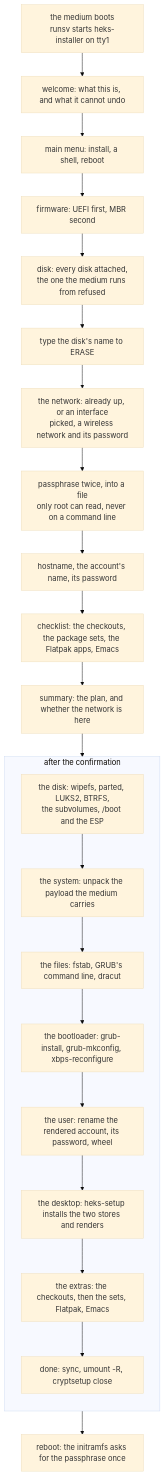
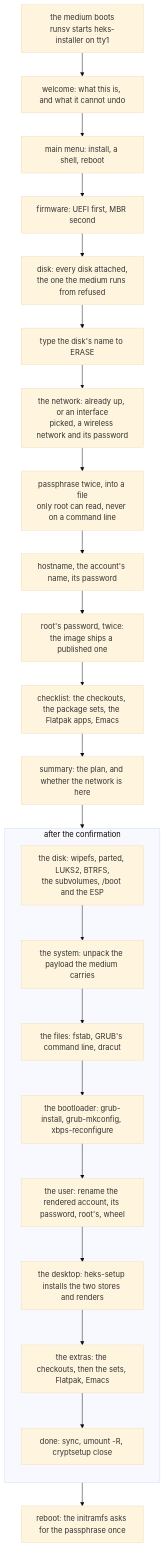
The diagram in resources/diagrams/installer-flow.mmd (jjba23/heks-linux), drawn with Mermaid (base theme) before and after one commit. The commit also changed 8 other files, not shown here.

First line of the commit message:
feat(installer): ask for root's password, and set it

```diff
--- a/resources/diagrams/installer-flow.mmd
+++ b/resources/diagrams/installer-flow.mmd
@@ -1,27 +1,28 @@
 flowchart TD
   boot["the medium boots<br/>runsv starts heks-installer on tty1"] --> welcome
   welcome["welcome: what this is, and what it cannot undo"] --> menu
   menu["main menu: install, a shell, reboot"] --> mode
   mode["firmware: UEFI first, MBR second"] --> disk
   disk["disk: every disk attached,<br/>the one the medium runs from refused"] --> erase
   erase["type the disk's name to ERASE"] --> net
   net["the network: already up, or an interface<br/>picked, a wireless network and its password"] --> pass
   pass["passphrase twice, into a file<br/>only root can read, never on a command line"] --> identity
-  identity["hostname, the account's name, its password"] --> extras
+  identity["hostname, the account's name, its password"] --> rootpass
+  rootpass["root's password, twice:<br/>the image ships a published one"] --> extras
   extras["checklist: the checkouts, the package sets, the Flatpak apps, Emacs"] --> summary
   summary["summary: the plan, and whether the network is here"] --> partition
 
   subgraph work["after the confirmation"]
     direction TB
     partition["the disk: wipefs, parted, LUKS2, BTRFS,<br/>the subvolumes, /boot and the ESP"]
     unpack["the system: unpack the payload the medium carries"]
     files["the files: fstab, GRUB's command line, dracut"]
     loader["the bootloader: grub-install, grub-mkconfig, xbps-reconfigure"]
-    account["the user: rename the rendered account, its password, wheel"]
+    account["the user: rename the rendered account, its password, root's, wheel"]
     desktop["the desktop: heks-setup installs the two stores and renders"]
     chosen["the extras: the checkouts, then the sets, Flatpak, Emacs"]
     done["done: sync, umount -R, cryptsetup close"]
     partition --> unpack --> files --> loader --> account --> desktop --> chosen --> done
   end
 
   done --> reboot["reboot: the initramfs asks for the passphrase once"]
```
